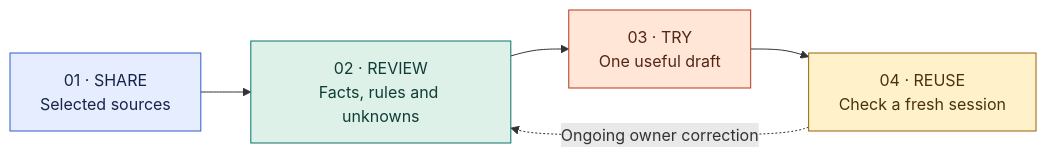
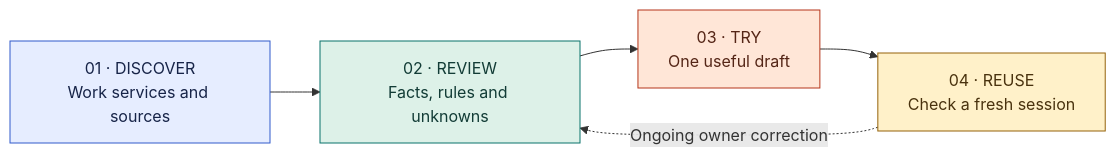
One commit to sojuhub/business-context-starter changed the diagram in README.md. Above: the diagram before and after it, drawn with Mermaid. The commit also changed other lines of this file and 15 other files, not shown here.

````diff
--- a/README.md
+++ b/README.md
@@ -54,11 +54,11 @@
 ```mermaid
 flowchart LR
-    A["01 · SHARE<br/>Selected sources"] --> B["02 · REVIEW<br/>Facts, rules and unknowns"]
+    A["01 · DISCOVER<br/>Work services and sources"] --> B["02 · REVIEW<br/>Facts, rules and unknowns"]
     B --> C["03 · TRY<br/>One useful draft"]
     C --> D["04 · REUSE<br/>Check a fresh session"]
     D -. "Ongoing owner correction" .-> B
     style A fill:#E6EDFF,stroke:#315BCB,color:#172448
     style B fill:#DDF1E8,stroke:#08726B,color:#123C36
     style C fill:#FFE6D7,stroke:#B5351B,color:#542516
     style D fill:#FFF1C9,stroke:#95630B,color:#49320E
 ```
````
